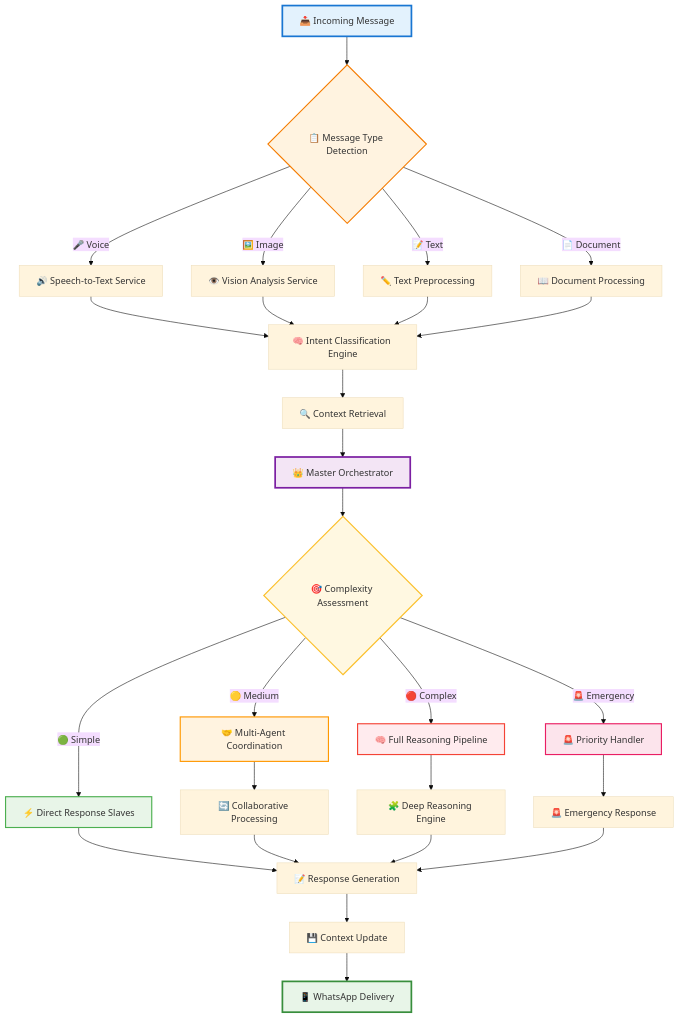
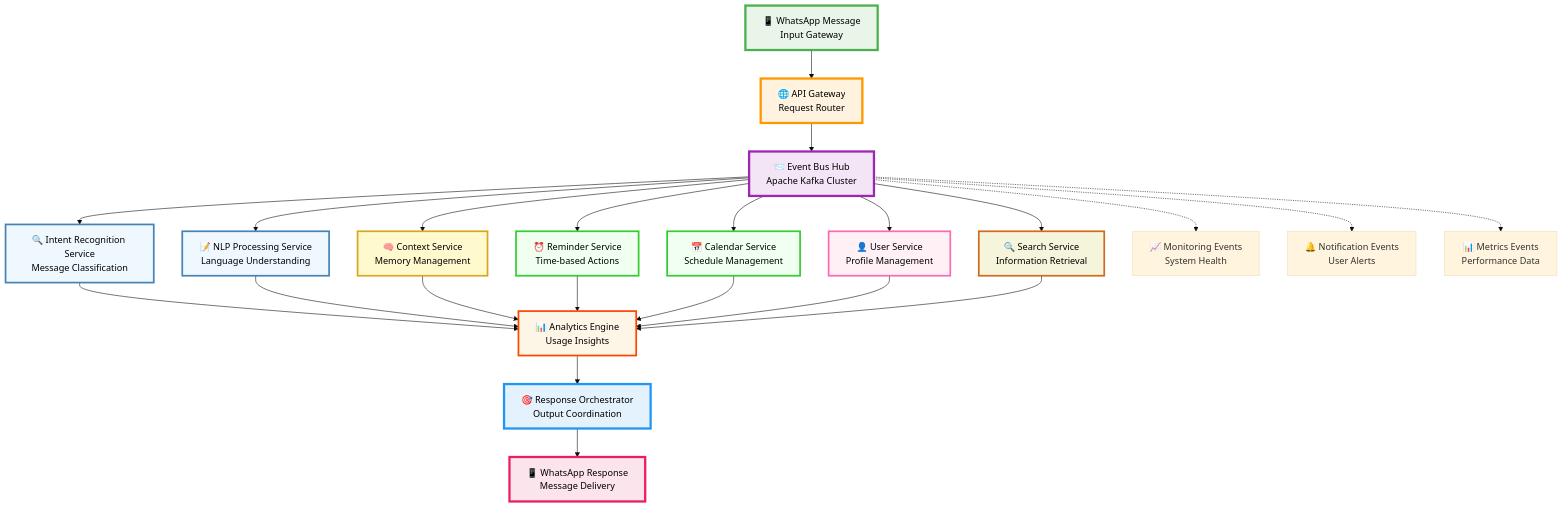
Before and after one commit to KaifAhmad1/memorae: the fourth of 9 diagrams in README.md, drawn with Mermaid (base theme). The commit also changed other lines of this file, not shown here.

````diff
--- a/README.md
+++ b/README.md
@@ -130,49 +189,47 @@
 ```mermaid
 flowchart TD
-    A[📥 Incoming Message] --> B{📋 Message Type Detection}
+    A["📱 WhatsApp Message<br/>Input Gateway"] --> B["🌐 API Gateway<br/>Request Router"]
     
-    B -->|🎤 Voice| C[🔊 Speech-to-Text Service]
-    B -->|🖼️ Image| D[👁️ Vision Analysis Service]  
-    B -->|📝 Text| E[✏️ Text Preprocessing]
-    B -->|📄 Document| F[📖 Document Processing]
+    B --> C["📨 Event Bus Hub<br/>Apache Kafka Cluster"]
     
-    C --> G[🧠 Intent Classification Engine]
-    D --> G
-    E --> G
-    F --> G
+    C --> D["🔍 Intent Recognition Service<br/>Message Classification"]
+    C --> E["📝 NLP Processing Service<br/>Language Understanding"]
+    C --> F["🧠 Context Service<br/>Memory Management"]
+    C --> G["⏰ Reminder Service<br/>Time-based Actions"]
+    C --> H["📅 Calendar Service<br/>Schedule Management"]
+    C --> I["👤 User Service<br/>Profile Management"]
+    C --> J["🔍 Search Service<br/>Information Retrieval"]
     
-    G --> H[🔍 Context Retrieval]
-    H --> I[👑 Master Orchestrator]
+    D --> K["📊 Analytics Engine<br/>Usage Insights"]
+    E --> K
+    F --> K
+    G --> K
+    H --> K
+    I --> K
+    J --> K
     
-    I --> J{🎯 Complexity Assessment}
+    K --> L["🎯 Response Orchestrator<br/>Output Coordination"]
+    L --> M["📱 WhatsApp Response<br/>Message Delivery"]
     
-    J -->|🟢 Simple| K[⚡ Direct Response Slaves]
-    J -->|🟡 Medium| L[🤝 Multi-Agent Coordination]
-    J -->|🔴 Complex| M[🧠 Full Reasoning Pipeline]
-    J -->|🚨 Emergency| N[🚨 Priority Handler]
+    %% Event flows
+    C -.-> N["📈 Monitoring Events<br/>System Health"]
+    C -.-> O["🔔 Notification Events<br/>User Alerts"]
+    C -.-> P["📊 Metrics Events<br/>Performance Data"]
     
-    K --> O[📝 Response Generation]
-    L --> P[🔄 Collaborative Processing]
-    M --> Q[🧩 Deep Reasoning Engine]
-    N --> R[🚨 Emergency Response]
+    %% Enhanced styling
+    style A fill:#e8f5e8,stroke:#4caf50,stroke-width:4px,color:#000
+    style B fill:#fff3e0,stroke:#ff9800,stroke-width:4px,color:#000
+    style C fill:#f3e5f5,stroke:#9c27b0,stroke-width:4px,color:#000
+    style L fill:#e3f2fd,stroke:#2196f3,stroke-width:4px,color:#000
+    style M fill:#fce4ec,stroke:#e91e63,stroke-width:4px,color:#000
     
-    P --> O
-    Q --> O
-    R --> O
-    
-    O --> S[💾 Context Update]
-    S --> T[📱 WhatsApp Delivery]
-    
-    %% Styling
-    style A fill:#e3f2fd,stroke:#1976d2,stroke-width:3px
-    style B fill:#fff3e0,stroke:#f57c00,stroke-width:2px
-    style I fill:#f3e5f5,stroke:#7b1fa2,stroke-width:3px
-    style J fill:#fff8e1,stroke:#fbc02d,stroke-width:2px
-    style T fill:#e8f5e8,stroke:#388e3c,stroke-width:3px
-    
-    %% Complexity styling
-    style K fill:#e8f5e8,stroke:#4caf50,stroke-width:2px
-    style L fill:#fff3e0,stroke:#ff9800,stroke-width:2px
-    style M fill:#ffebee,stroke:#f44336,stroke-width:2px
-    style N fill:#fce4ec,stroke:#e91e63,stroke-width:2px
+    %% Service styling
+    style D fill:#f0f8ff,stroke:#4682b4,stroke-width:3px,color:#000
+    style E fill:#f0f8ff,stroke:#4682b4,stroke-width:3px,color:#000
+    style F fill:#fffacd,stroke:#daa520,stroke-width:3px,color:#000
+    style G fill:#f0fff0,stroke:#32cd32,stroke-width:3px,color:#000
+    style H fill:#f0fff0,stroke:#32cd32,stroke-width:3px,color:#000
+    style I fill:#fff0f5,stroke:#ff69b4,stroke-width:3px,color:#000
+    style J fill:#f5f5dc,stroke:#d2691e,stroke-width:3px,color:#000
+    style K fill:#fdf5e6,stroke:#ff4500,stroke-width:3px,color:#000
 ```
````
